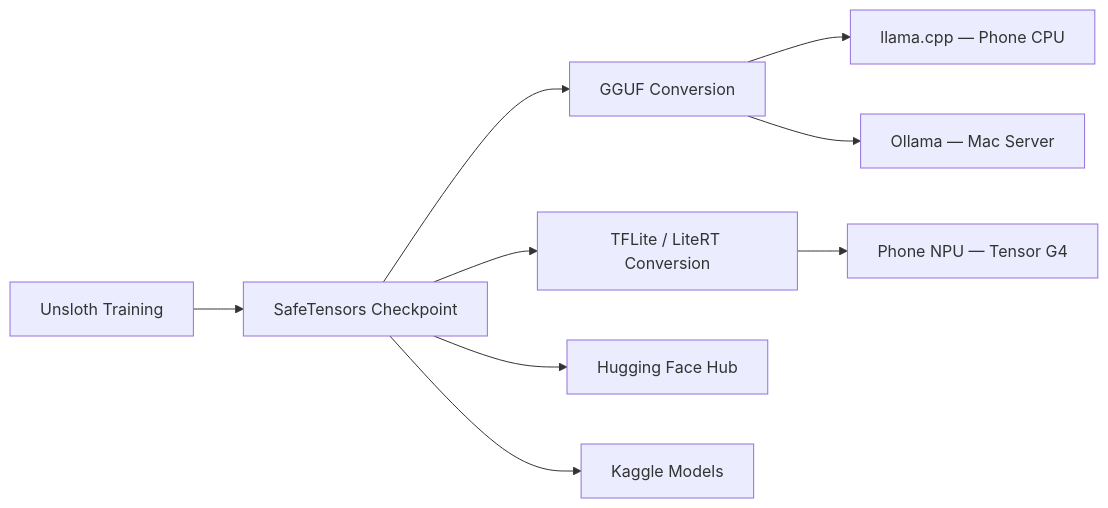
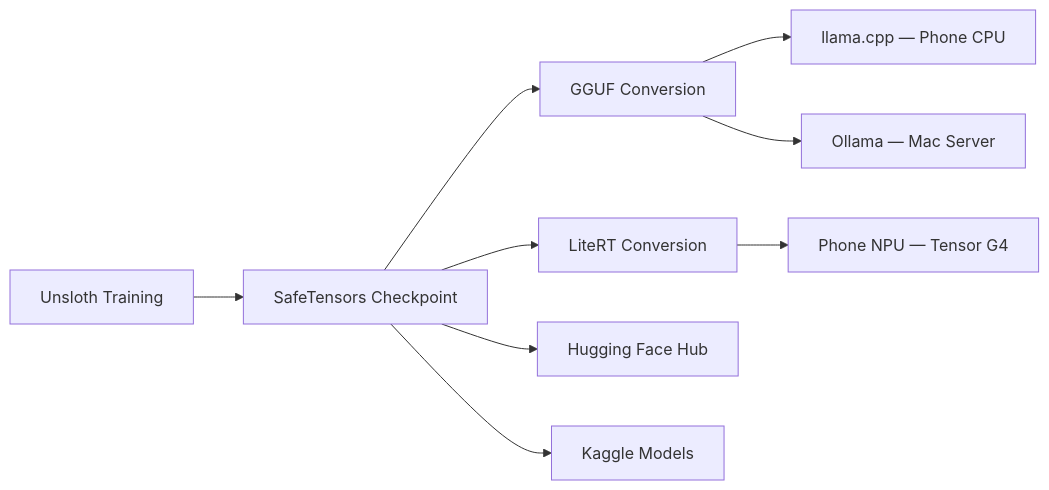
One commit to AlexiosBluffMara/Duchess changed the second of 2 diagrams in docs/technical/unsloth.md. Above: the diagram before and after it, drawn with Mermaid. The commit also changed other lines of this file and 41 other files, not shown here.

First line of the commit message:
chore(deps): migrate TFLite → LiteRT across entire codebase

````diff
--- a/docs/technical/unsloth.md
+++ b/docs/technical/unsloth.md
@@ -143,11 +143,11 @@
 ```mermaid
 graph LR
     U[Unsloth Training] --> ST[SafeTensors Checkpoint]
     ST --> GGUF[GGUF Conversion]
-    ST --> TF[TFLite / LiteRT Conversion]
+    ST --> TF[LiteRT Conversion]
     GGUF --> LC[llama.cpp — Phone CPU]
     GGUF --> OL[Ollama — Mac Server]
     TF --> NPU[Phone NPU — Tensor G4]
     ST --> HF[Hugging Face Hub]
     ST --> KM[Kaggle Models]
 ```
````
